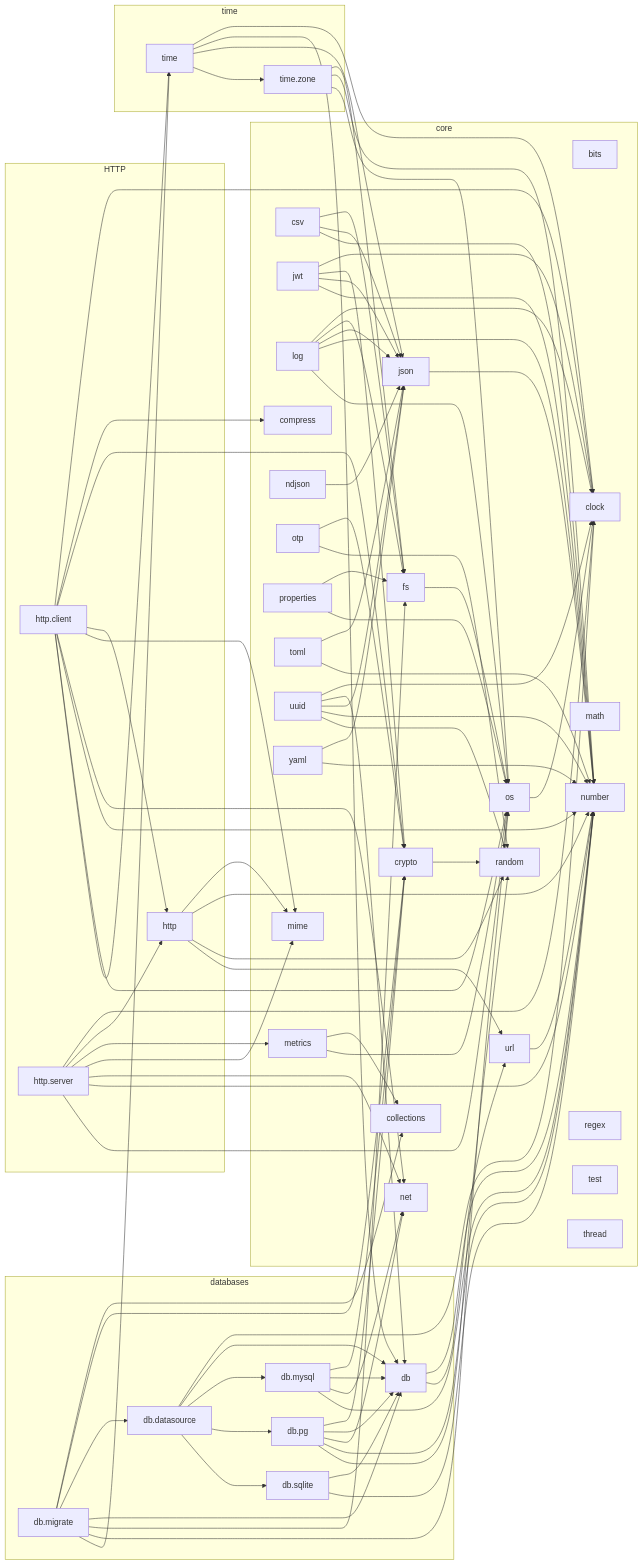
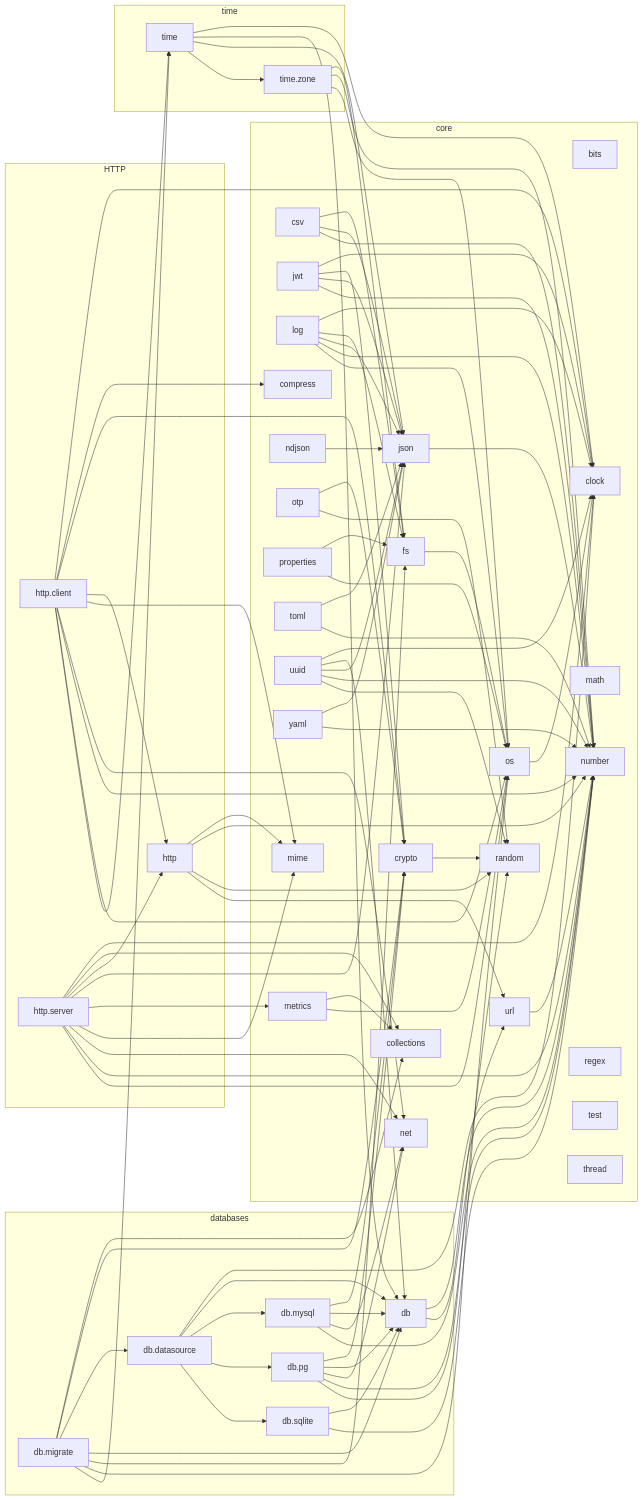
Before and after one commit to vasnatech/ziman: the diagram in docs/lib/dependencies.md, drawn with Mermaid. The commit also changed other lines of this file and 7 other files, not shown here.

```diff
--- a/docs/lib/dependencies.md
+++ b/docs/lib/dependencies.md
@@ -113,7 +113,9 @@
     properties --> fs
     properties --> os
     server --> clock
+    server --> collections
     server --> http
+    server --> json
     server --> metrics
     server --> mime
     server --> net
```
